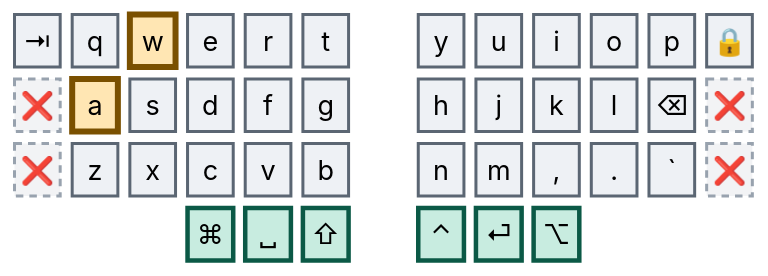
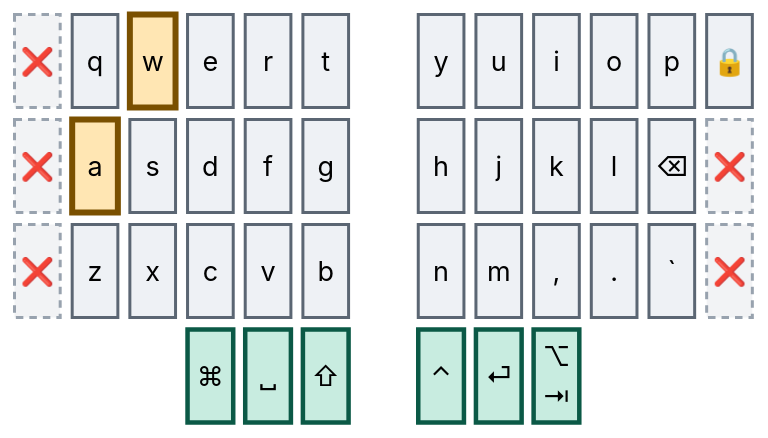
One commit to abloch/zmk-corne changed diagram 11 of 41 in combos.md. Above: the diagram before and after it, drawn with Mermaid. The commit also changed other lines of this file and 5 other files, not shown here.

````diff
--- a/combos.md
+++ b/combos.md
@@ -287,21 +287,21 @@
 ```mermaid
 %%{init: {'theme':'base','themeVariables':{'primaryColor':'#eef1f5','primaryTextColor':'#0b0f14','primaryBorderColor':'#5b6673','nodeTextColor':'#0b0f14','textColor':'#0b0f14','mainBkg':'#eef1f5','fontSize':'18px'}}}%%
 block
 columns 13
 
-  tab["⇥"] q w e r t space y u i o p lock["🔒"]
+  tab["❌"] q w e r t space y u i o p lock["🔒"]
   x4["❌"] a s d f g space h j k l bspc["⌫"] x1["❌"]
   x2["❌"] z x c v b space n m cma[","] dot["."] grv[" `"] x3["❌"]
-  space:3 cmd["⌘"] spc["␣"] sft["⇧"] space ctl["⌃"] ent["⏎"] alt["⌥"] space:3
+  space:3 cmd["⌘"] spc["␣"] sft["⇧"] space ctl["⌃"] ent["⏎"] alt["⌥<br/>⇥"] space:3
 
   classDef anchor fill:#bfe6f0,stroke:#0a4f63,stroke-width:4px,color:#04222b
   classDef trig fill:#ffe6b3,stroke:#7a5000,stroke-width:4px,color:#2e1e00
   classDef core fill:#eef1f5,stroke:#5b6673,stroke-width:2px,color:#0b0f14
   classDef thumb fill:#c8ece0,stroke:#0b5946,stroke-width:3px,color:#06241c
   classDef dead fill:#f2f3f5,stroke:#98a2ae,stroke-width:2px,stroke-dasharray:5 4,color:#5b6673
 
   class w,a trig
-  class tab,q,e,r,t,y,u,i,o,p,lock,s,d,f,g,h,j,k,l,bspc,z,x,c,v,b,n,m,cma,dot,grv core
+  class q,e,r,t,y,u,i,o,p,lock,s,d,f,g,h,j,k,l,bspc,z,x,c,v,b,n,m,cma,dot,grv core
   class cmd,spc,sft,ctl,ent,alt thumb
-  class x1,x2,x3,x4 dead
+  class tab,x1,x2,x3,x4 dead
 ```
````
